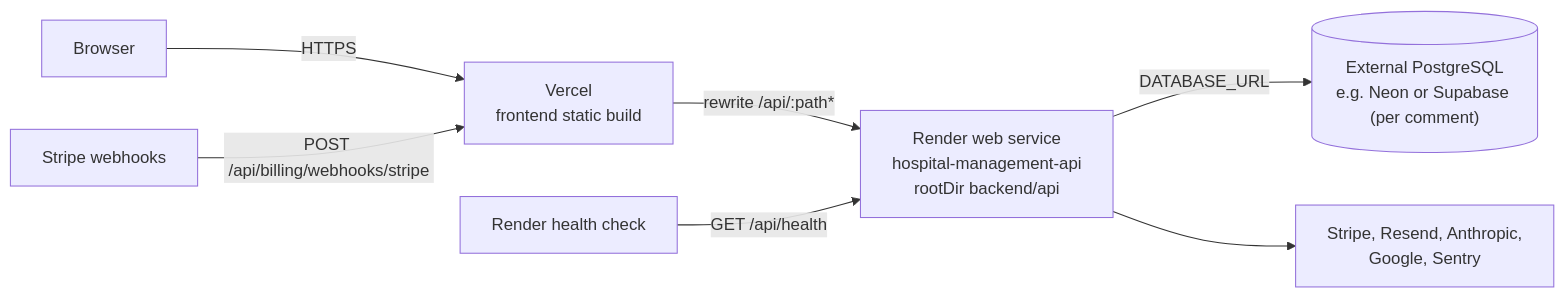
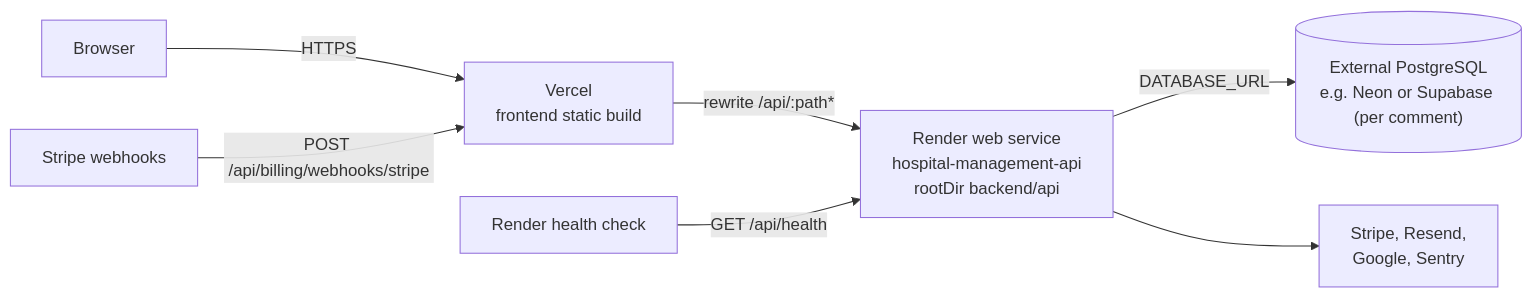
Before and after one commit to muhammadhamd56-cloud/hospital-management-system: diagram 37 of 38 in backend/api/ARCHITECTURE.md, drawn with Mermaid. The commit also changed other lines of this file and 13 other files, not shown here.

First line of the commit message:
docs: document the Ollama-based Admin AI and correct stale architecture gaps

````diff
--- a/backend/api/ARCHITECTURE.md
+++ b/backend/api/ARCHITECTURE.md
@@ -2607,9 +2588,9 @@
 ```mermaid
 flowchart LR
   User["Browser"] -->|"HTTPS"| Vercel["Vercel<br/>frontend static build"]
   Vercel -->|"rewrite /api/:path*"| Render["Render web service<br/>hospital-management-api<br/>rootDir backend/api"]
   Render -->|"DATABASE_URL"| PG[("External PostgreSQL<br/>e.g. Neon or Supabase (per comment)")]
-  Render --> Ext["Stripe, Resend, Anthropic,<br/>Google, Sentry"]
+  Render --> Ext["Stripe, Resend,<br/>Google, Sentry"]
   Stripe["Stripe webhooks"] -->|"POST /api/billing/webhooks/stripe"| Vercel
   RenderHC["Render health check"] -->|"GET /api/health"| Render
 ```
````
